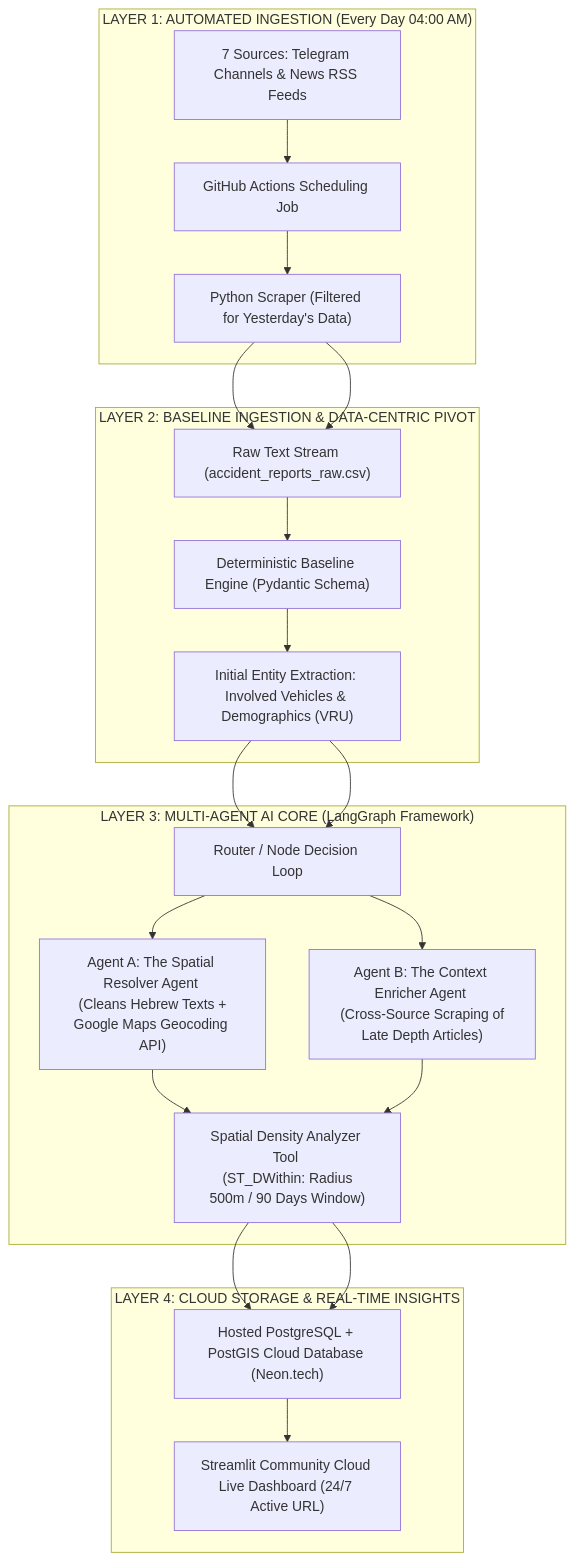
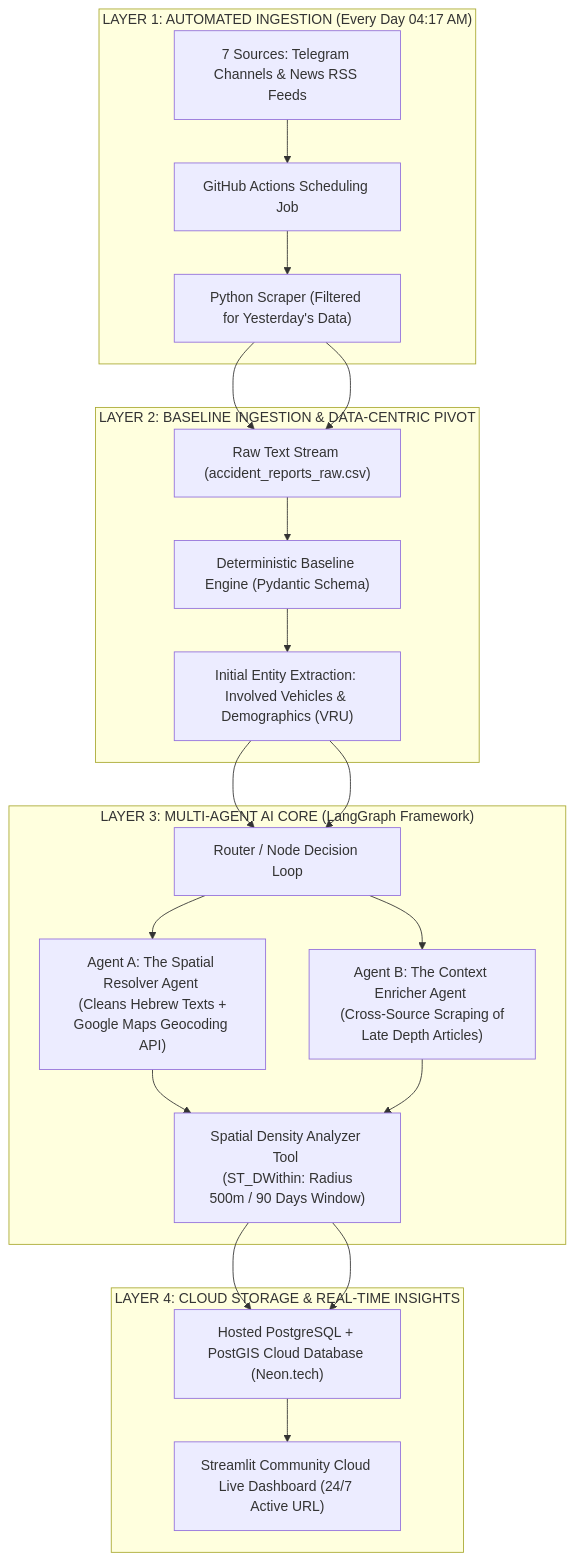
The diagram in CHARTER.md (golanliza-coder/From_News_to_Action), drawn with Mermaid before and after one commit.

Commit message:
Update automated ingestion time in CHARTER.md

````diff
--- a/CHARTER.md
+++ b/CHARTER.md
@@ -49,30 +49,30 @@
 ```mermaid
 flowchart TD
-    subgraph L1 ["LAYER 1: AUTOMATED INGESTION (Every Day 04:00 AM)"]
+    subgraph L1 ["LAYER 1: AUTOMATED INGESTION (Every Day 04:17 AM)"]
         A1["7 Sources: Telegram Channels & News RSS Feeds"] --> A2["GitHub Actions Scheduling Job"]
         A2 --> A3["Python Scraper (Filtered for Yesterday's Data)"]
     end
 
     subgraph L2 ["LAYER 2: BASELINE INGESTION & DATA-CENTRIC PIVOT"]
         A3 --> B1["Raw Text Stream (accident_reports_raw.csv)"]
         B1 --> B2["Deterministic Baseline Engine (Pydantic Schema)"]
         B2 --> B3["Initial Entity Extraction: Involved Vehicles & Demographics (VRU)"]
     end
 
     subgraph L3 ["LAYER 3: MULTI-AGENT AI CORE (LangGraph Framework)"]
         B3 --> C1["Router / Node Decision Loop"]
         C1 --> C2["Agent A: The Spatial Resolver Agent <br> (Cleans Hebrew Texts + Google Maps Geocoding API)"]
         C1 --> C3["Agent B: The Context Enricher Agent <br> (Cross-Source Scraping of Late Depth Articles)"]
         C2 & C3 --> C4["Spatial Density Analyzer Tool <br> (ST_DWithin: Radius 500m / 90 Days Window)"]
     end
 
     subgraph L4 ["LAYER 4: CLOUD STORAGE & REAL-TIME INSIGHTS"]
         C4 --> D1["Hosted PostgreSQL + PostGIS Cloud Database (Neon.tech)"]
         D1 --> D2["Streamlit Community Cloud Live Dashboard (24/7 Active URL)"]
     end
 
     %% חיבור נכון בין רכיבי הקצה שמקשר בין השכבות
     A3 --> B1
     B3 --> C1
     C4 --> D1
 ```
````
